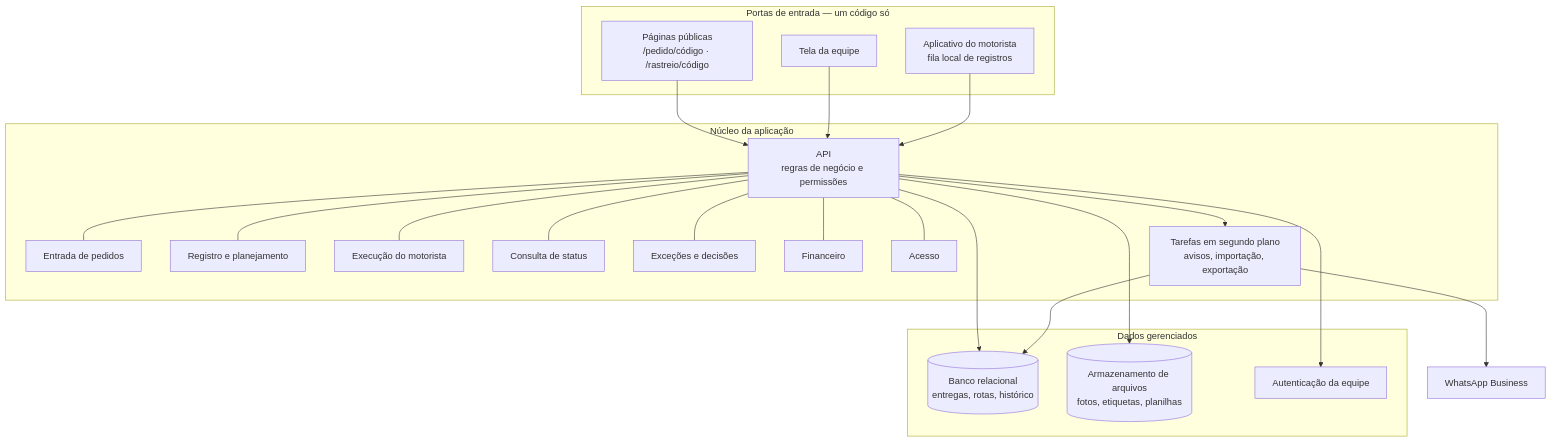
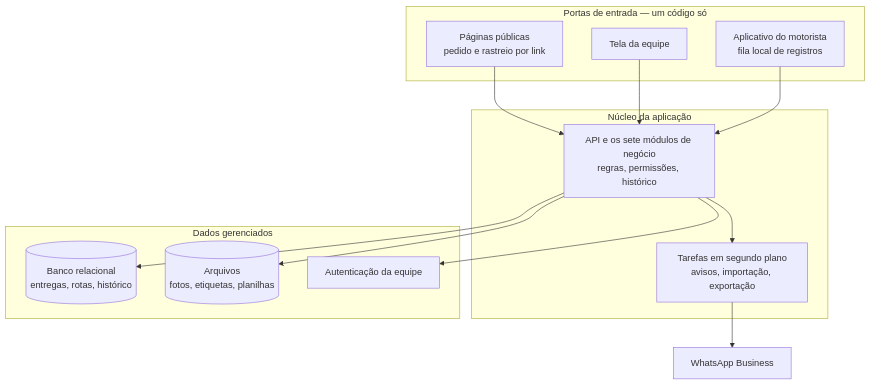
The second of 4 diagrams in docs/00-visao-geral/arquitetura.md (dudarmouras/seal-requisitos), drawn with Mermaid before and after one commit. The commit also changed 9 other files, not shown here.

First line of the commit message:
Páginas de produto mais leves, custos numa tabela só e diagrama de componentes legível

````diff
--- a/docs/00-visao-geral/arquitetura.md
+++ b/docs/00-visao-geral/arquitetura.md
@@ -51,39 +51,30 @@
 ```mermaid
 flowchart TB
   subgraph Entradas["Portas de entrada — um código só"]
-    Publico["Páginas públicas<br/>/pedido/código · /rastreio/código"]
+    Publico["Páginas públicas<br/>pedido e rastreio por link"]
     Web["Tela da equipe"]
     App["Aplicativo do motorista<br/>fila local de registros"]
   end
 
   subgraph Nucleo["Núcleo da aplicação"]
-    API["API<br/>regras de negócio e permissões"]
-    Mod1["Entrada de pedidos"]
-    Mod2["Registro e planejamento"]
-    Mod3["Execução do motorista"]
-    Mod4["Consulta de status"]
-    Mod5["Exceções e decisões"]
-    Mod6["Financeiro"]
-    Mod7["Acesso"]
+    API["API e os sete módulos de negócio<br/>regras, permissões, histórico"]
     Jobs["Tarefas em segundo plano<br/>avisos, importação, exportação"]
   end
 
   subgraph Dados["Dados gerenciados"]
     DB[("Banco relacional<br/>entregas, rotas, histórico")]
-    Arquivos[("Armazenamento de arquivos<br/>fotos, etiquetas, planilhas")]
+    Arquivos[("Arquivos<br/>fotos, etiquetas, planilhas")]
     Auth["Autenticação da equipe"]
   end
 
   WhatsApp["WhatsApp Business"]
 
   Publico --> API
   Web --> API
   App --> API
-  API --- Mod1 & Mod2 & Mod3 & Mod4 & Mod5 & Mod6 & Mod7
+  API --> Jobs
   API --> DB
   API --> Arquivos
   API --> Auth
-  API --> Jobs
-  Jobs --> DB
   Jobs --> WhatsApp
 ```
````
